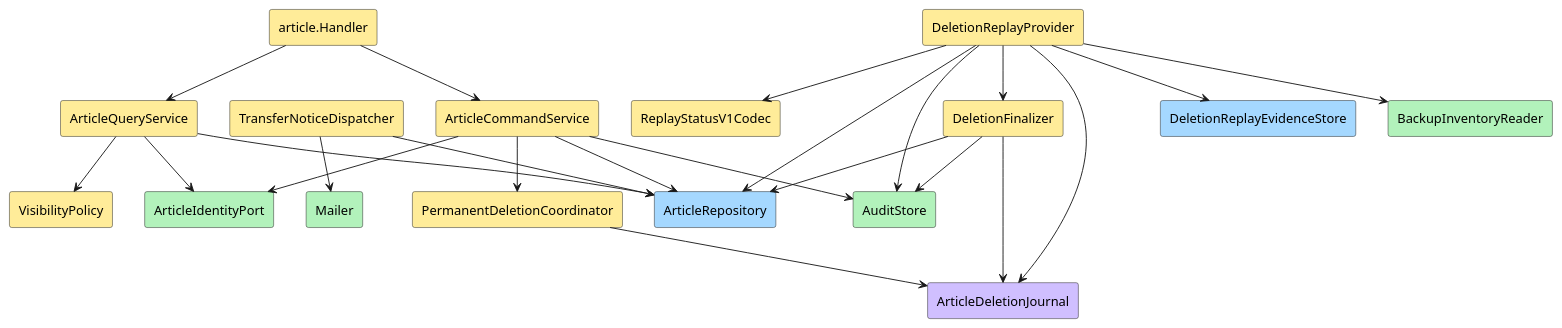
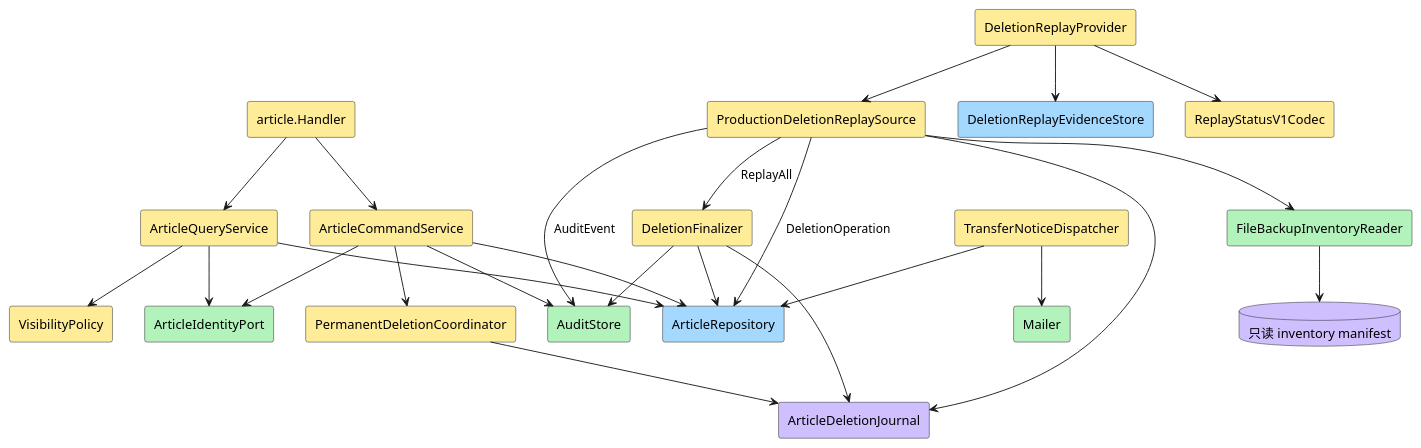
One commit to jianghua-hub-ai/han changed the fourth of 28 diagrams in .add/project/knowledge/design-workspace/article-management/design.md. Above: the diagram before and after it, drawn with PlantUML. The commit also changed other lines of this file and 26 other files, not shown here.

````diff
--- a/.add/project/knowledge/design-workspace/article-management/design.md
+++ b/.add/project/knowledge/design-workspace/article-management/design.md
@@ -395,45 +491,49 @@
 ```plantuml
 @startuml
 skinparam shadowing false
 skinparam componentStyle rectangle
 skinparam defaultFontName "Microsoft YaHei"
 component "article.Handler" as handler #ffec99
 component "ArticleCommandService" as command #ffec99
 component "ArticleQueryService" as query #ffec99
 component "VisibilityPolicy" as visibility #ffec99
 component "ArticleRepository" as repo #a5d8ff
 component "TransferNoticeDispatcher" as dispatcher #ffec99
 component "PermanentDeletionCoordinator" as deletion #ffec99
 component "DeletionFinalizer" as finalizer #ffec99
 component "DeletionReplayProvider" as replay #ffec99
+component "ProductionDeletionReplaySource" as replaySource #ffec99
 component "DeletionReplayEvidenceStore" as evidence #a5d8ff
-component "BackupInventoryReader" as inventory #b2f2bb
+component "FileBackupInventoryReader" as inventory #b2f2bb
+database "只读 inventory manifest" as inventoryFile #d0bfff
 component "ReplayStatusV1Codec" as codec #ffec99
 component "ArticleIdentityPort" as identity #b2f2bb
 component "AuditStore" as audit #b2f2bb
 component "Mailer" as mailer #b2f2bb
 component "ArticleDeletionJournal" as deletionJournal #d0bfff
 handler --> command
 handler --> query
 command --> repo
 command --> identity
 command --> audit
 command --> deletion
 deletion --> deletionJournal
 finalizer --> deletionJournal
 finalizer --> repo
 finalizer --> audit
-replay --> deletionJournal
-replay --> finalizer
-replay --> repo
-replay --> audit
-replay --> inventory
+replay --> replaySource
+replaySource --> deletionJournal
+replaySource --> finalizer : ReplayAll
+replaySource --> repo : DeletionOperation
+replaySource --> audit : AuditEvent
+replaySource --> inventory
+inventory --> inventoryFile
 replay --> evidence
 replay --> codec
 query --> repo
 query --> visibility
 query --> identity
 dispatcher --> repo
 dispatcher --> mailer
 @enduml
 ```
````
